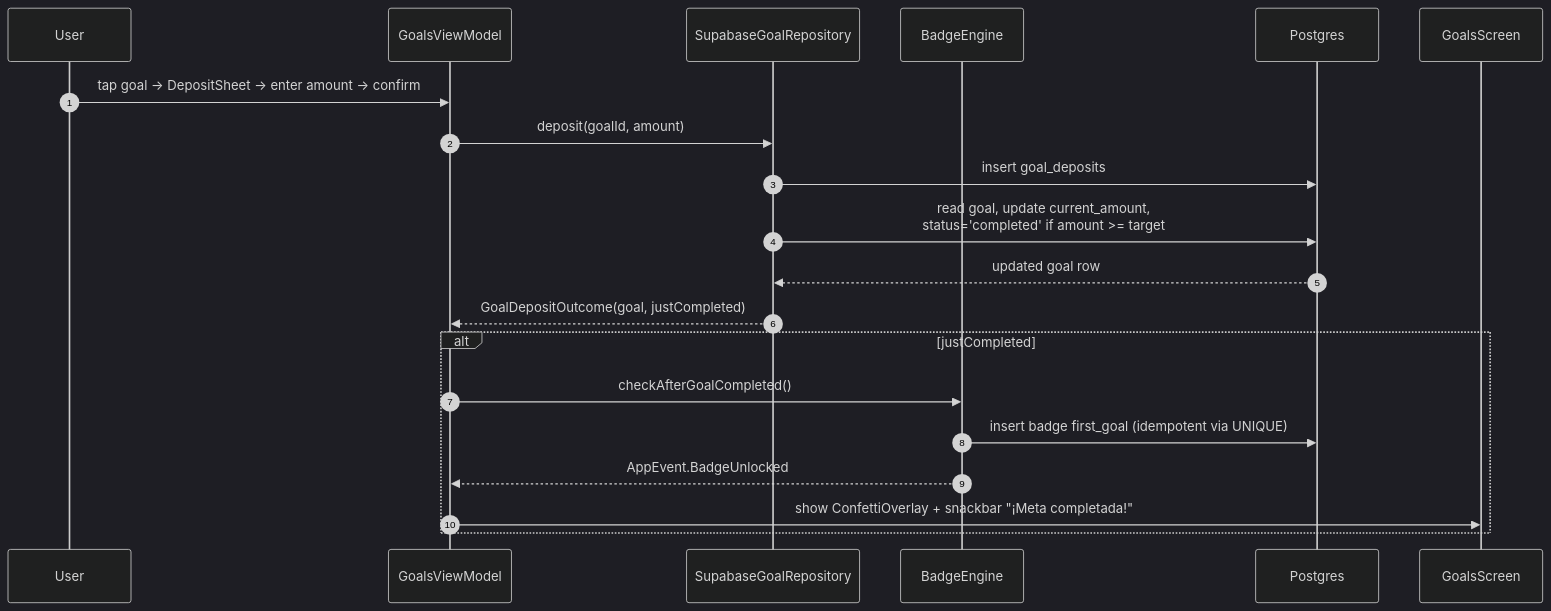
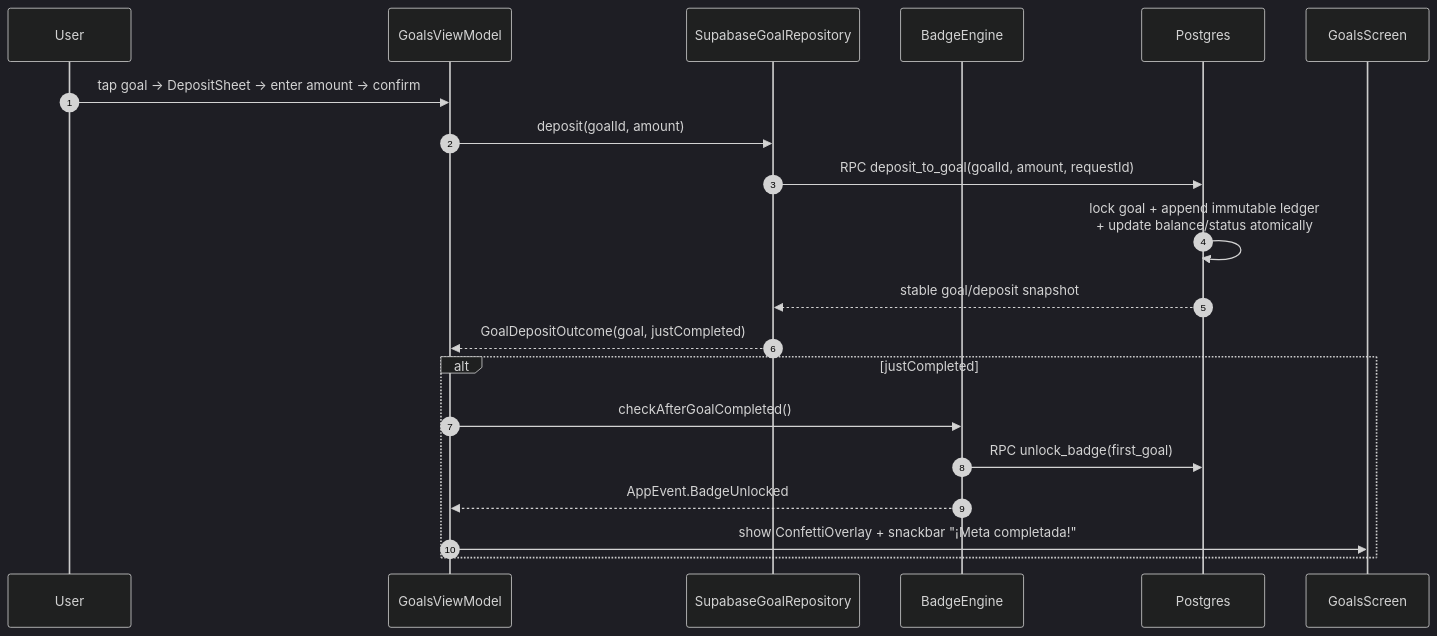
One commit to jeremyaldama/fluyo changed the seventh of 8 diagrams in SYSTEM_DESIGN.md. Above: the diagram before and after it, drawn with Mermaid (dark theme). The commit also changed other lines of this file and 225 other files, not shown here.

````diff
--- a/SYSTEM_DESIGN.md
+++ b/SYSTEM_DESIGN.md
@@ -476,23 +484,23 @@
 ```mermaid
 sequenceDiagram
   autonumber
   participant U as User
   participant VM as GoalsViewModel
   participant Goal as SupabaseGoalRepository
   participant BE as BadgeEngine
   participant DB as Postgres
   participant UI as GoalsScreen
 
   U->>VM: tap goal → DepositSheet → enter amount → confirm
   VM->>Goal: deposit(goalId, amount)
-  Goal->>DB: insert goal_deposits
-  Goal->>DB: read goal, update current_amount,<br/>status='completed' if amount >= target
-  DB-->>Goal: updated goal row
+  Goal->>DB: RPC deposit_to_goal(goalId, amount, requestId)
+  DB->>DB: lock goal + append immutable ledger<br/>+ update balance/status atomically
+  DB-->>Goal: stable goal/deposit snapshot
   Goal-->>VM: GoalDepositOutcome(goal, justCompleted)
   alt justCompleted
     VM->>BE: checkAfterGoalCompleted()
-    BE->>DB: insert badge first_goal (idempotent via UNIQUE)
+    BE->>DB: RPC unlock_badge(first_goal)
     BE-->>VM: AppEvent.BadgeUnlocked
     VM->>UI: show ConfettiOverlay + snackbar "¡Meta completada!"
   end
 ```
````
